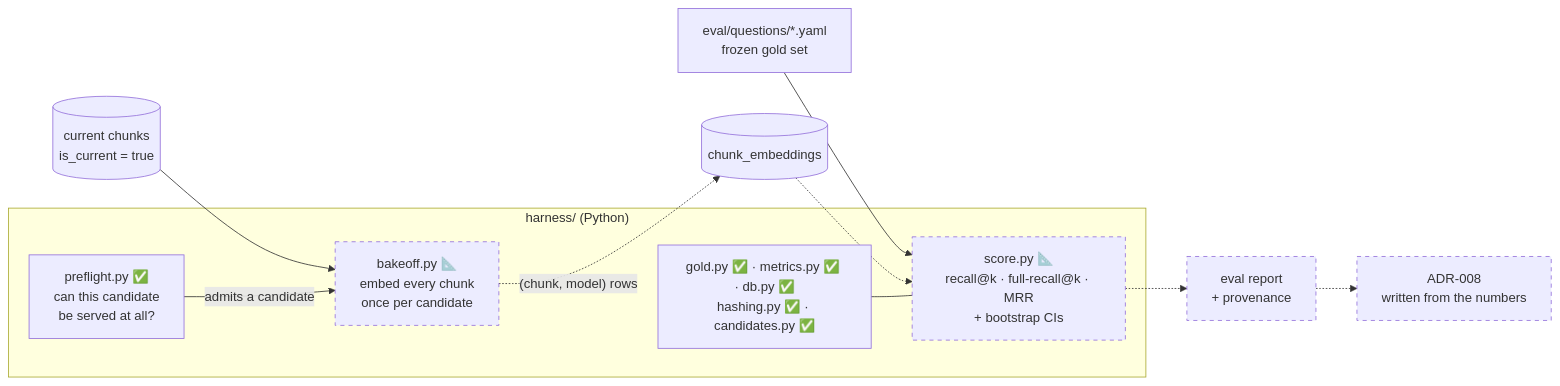
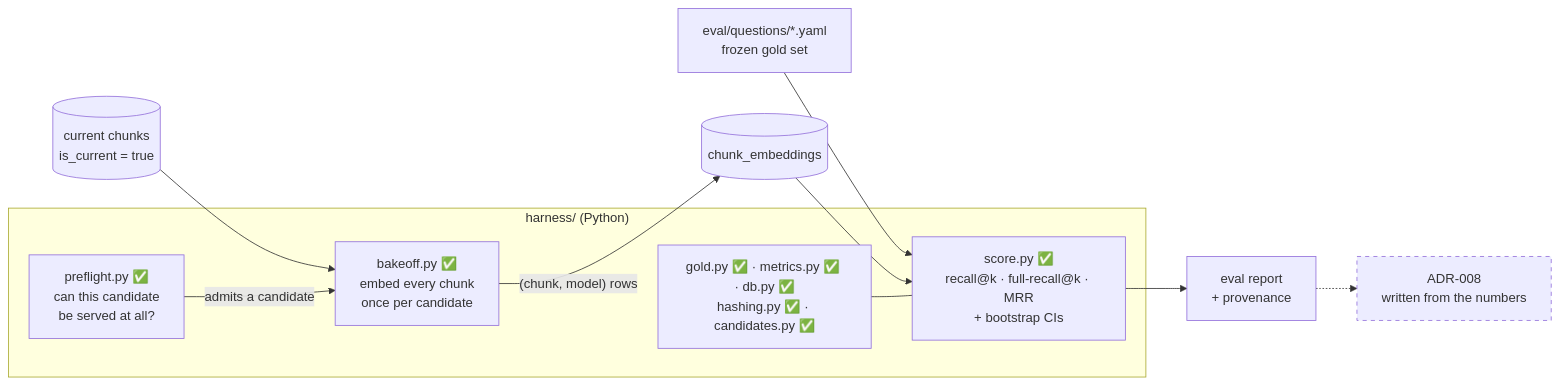
One commit to ancsingabor/apologia changed the diagram in docs/guide/07-measurement.md. Above: the diagram before and after it, drawn with Mermaid. The commit also changed other lines of this file and 37 other files, not shown here.

````diff
--- a/docs/guide/07-measurement.md
+++ b/docs/guide/07-measurement.md
@@ -27,23 +27,23 @@
 ```mermaid
 flowchart LR
   gold["eval/questions/*.yaml<br/>frozen gold set"] --> score
   db[("current chunks<br/>is_current = true")] --> bake
 
   subgraph harness["harness/ (Python)"]
     pre["preflight.py ✅<br/>can this candidate<br/>be served at all?"]
-    bake["bakeoff.py 📐<br/>embed every chunk<br/>once per candidate"]
-    score["score.py 📐<br/>recall@k · full-recall@k · MRR<br/>+ bootstrap CIs"]
+    bake["bakeoff.py ✅<br/>embed every chunk<br/>once per candidate"]
+    score["score.py ✅<br/>recall@k · full-recall@k · MRR<br/>+ bootstrap CIs"]
     lib["gold.py ✅ · metrics.py ✅ · db.py ✅<br/>hashing.py ✅ · candidates.py ✅"]
   end
 
   pre -->|admits a candidate| bake
 
-  bake -.->|"(chunk, model) rows"| emb[("chunk_embeddings")]
-  emb -.-> score
+  bake -->|"(chunk, model) rows"| emb[("chunk_embeddings")]
+  emb --> score
   lib --- score
-  score -.-> report["eval report<br/>+ provenance"]
+  score --> report["eval report<br/>+ provenance"]
   report -.-> adr["ADR-008<br/>written from the numbers"]
 
   classDef planned stroke-dasharray: 5 5
-  class bake,score,report,adr planned
+  class adr planned
 ```
````
